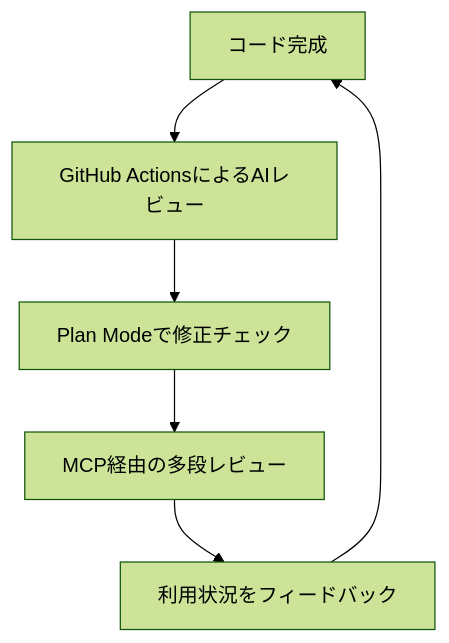
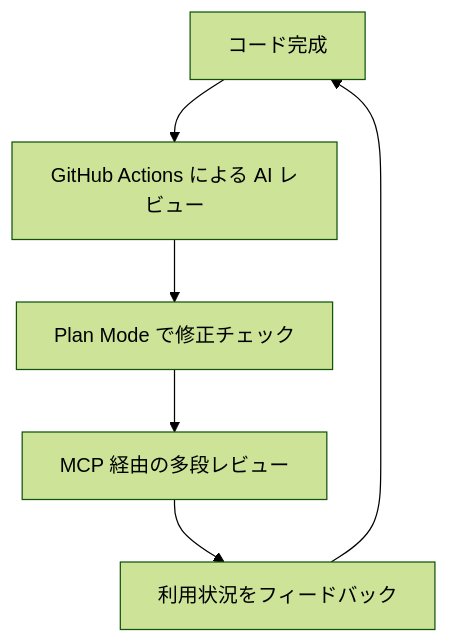
Before and after one commit to himorishige/zenn-contents: the third of 3 diagrams in articles/hatago-with-ai-dlc.md, drawn with Mermaid (forest theme). The commit also changed other lines of this file, not shown here.

````diff
--- a/articles/hatago-with-ai-dlc.md
+++ b/articles/hatago-with-ai-dlc.md
@@ -92,8 +91,8 @@
 ```mermaid
 flowchart TD
-  A[コード完成] --> B[GitHub ActionsによるAIレビュー]
-  B --> C[Plan Modeで修正チェック]
-  C --> D[MCP経由の多段レビュー]
+  A[コード完成] --> B[GitHub Actions による AI レビュー]
+  B --> C[Plan Mode で修正チェック]
+  C --> D[MCP 経由の多段レビュー]
   D --> E[利用状況をフィードバック]
   E --> A
 ```
````
